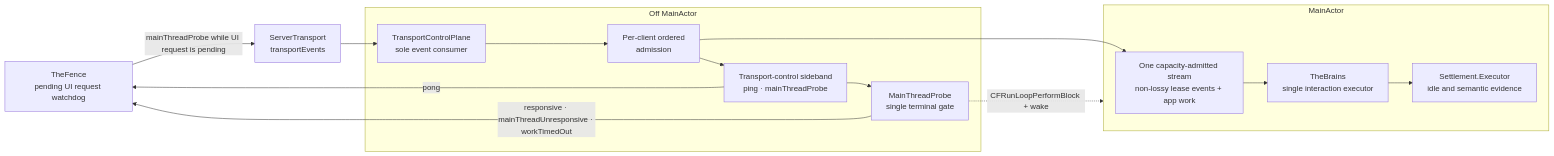
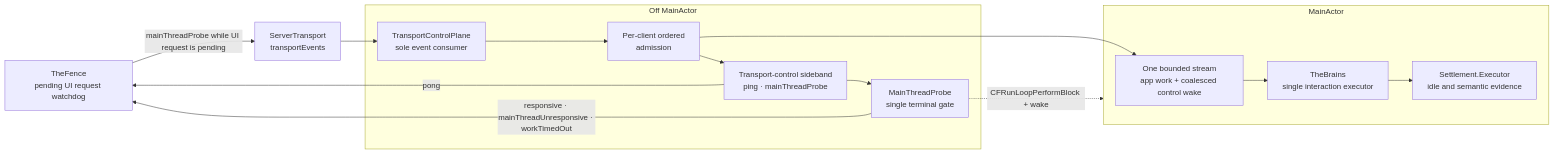
Before and after one commit to RoyalPineapple/TheButtonHeist: the first of 2 diagrams in docs/diagrams/transport-control-plane.md, drawn with Mermaid. The commit also changed other lines of this file and 10 other files, not shown here.

````diff
--- a/docs/diagrams/transport-control-plane.md
+++ b/docs/diagrams/transport-control-plane.md
@@ -13,30 +13,30 @@
 ```mermaid
 flowchart LR
     FENCE["TheFence<br/>pending UI request watchdog"]
     SOCKET["ServerTransport<br/>transportEvents"]
 
     subgraph offmain["Off MainActor"]
         CONTROL["TransportControlPlane<br/>sole event consumer"]
         ADMISSION["Per-client ordered<br/>admission"]
         SIDEBAND["Transport-control sideband<br/>ping · mainThreadProbe"]
         PROBE["MainThreadProbe<br/>single terminal gate"]
     end
 
     subgraph main["MainActor"]
-        STREAM["One capacity-admitted stream<br/>non-lossy lease events + app work"]
+        STREAM["One bounded stream<br/>app work + coalesced control wake"]
         BRAINS["TheBrains<br/>single interaction executor"]
         SETTLE["Settlement.Executor<br/>idle and semantic evidence"]
     end
 
     FENCE -- "mainThreadProbe while UI request is pending" --> SOCKET
     SOCKET --> CONTROL
     CONTROL --> ADMISSION
     ADMISSION --> SIDEBAND
     ADMISSION --> STREAM
     SIDEBAND -- "pong" --> FENCE
     SIDEBAND --> PROBE
     PROBE -- "responsive · mainThreadUnresponsive · workTimedOut" --> FENCE
     PROBE -. "CFRunLoopPerformBlock + wake" .-> main
     STREAM --> BRAINS
     BRAINS --> SETTLE
 ```
````
